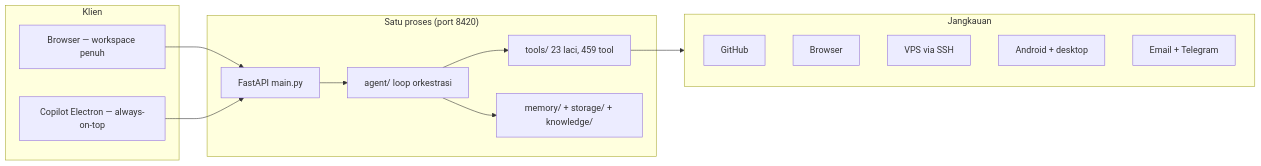
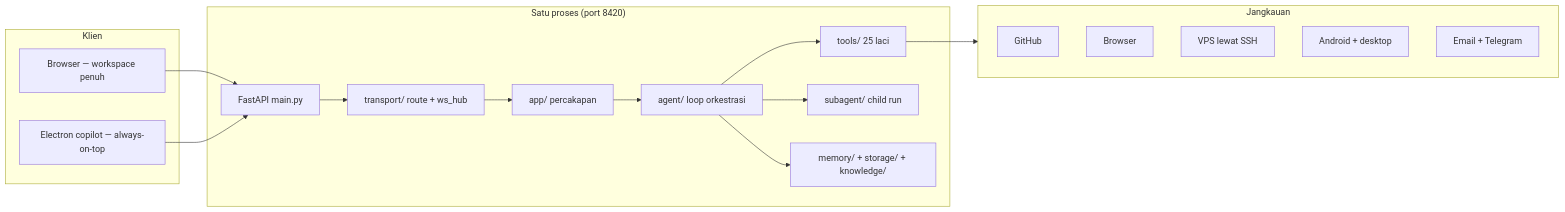
The diagram in id/architecture/overview.md (engrix/engrix-agent-docs), drawn with Mermaid before and after one commit. The commit also changed other lines of this file and 25 other files, not shown here.

````diff
--- a/id/architecture/overview.md
+++ b/id/architecture/overview.md
@@ -44,26 +49,32 @@
 ```mermaid
 flowchart LR
     subgraph clients["Klien"]
         B["Browser — workspace penuh"]
-        D["Copilot Electron — always-on-top"]
+        D["Electron copilot — always-on-top"]
     end
     subgraph engine["Satu proses (port 8420)"]
         M["FastAPI main.py"]
+        TR["transport/ route + ws_hub"]
+        APP["app/ percakapan"]
         A["agent/ loop orkestrasi"]
-        T["tools/ 23 laci, 459 tool"]
+        T["tools/ 25 laci"]
+        SA["subagent/ child run"]
         MEM["memory/ + storage/ + knowledge/"]
     end
     subgraph externals["Jangkauan"]
         GH["GitHub"]
         BR["Browser"]
-        VP["VPS via SSH"]
+        VP["VPS lewat SSH"]
         DV["Android + desktop"]
         EM["Email + Telegram"]
     end
     B --> M
     D --> M
-    M --> A
+    M --> TR
+    TR --> APP
+    APP --> A
     A --> T
+    A --> SA
     A --> MEM
     T --> externals
 ```
````
